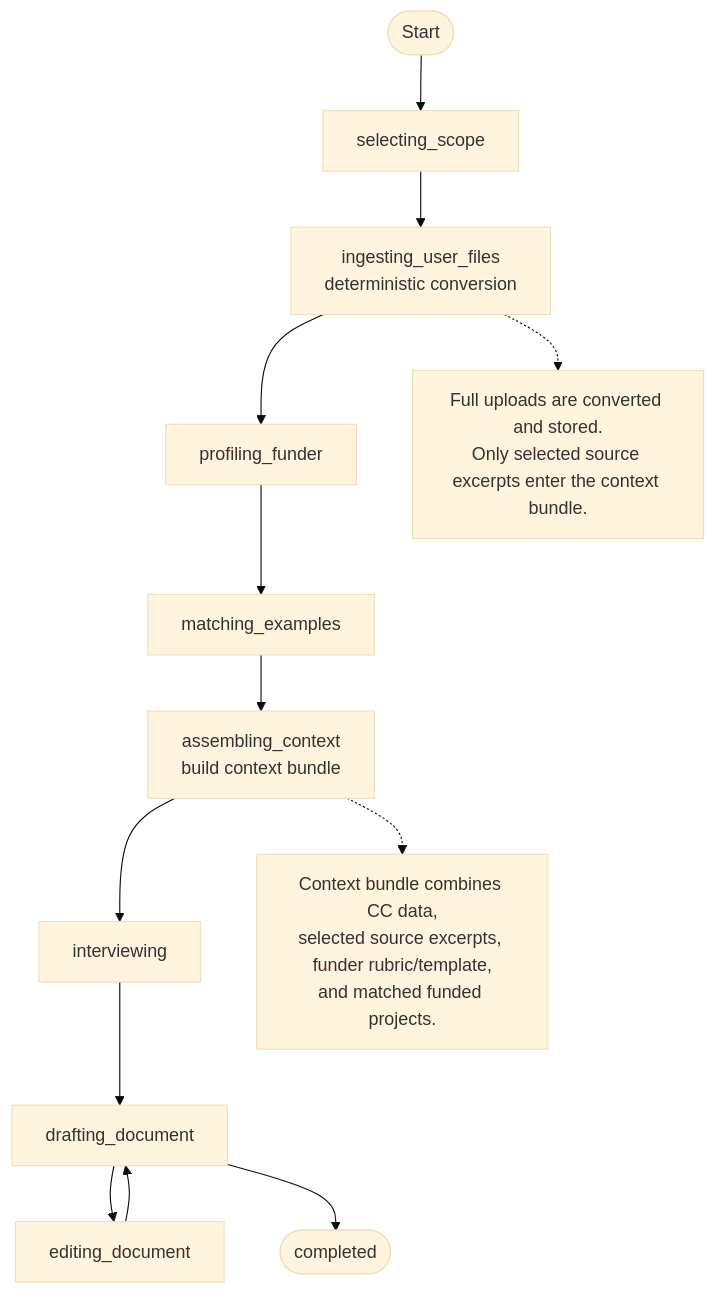
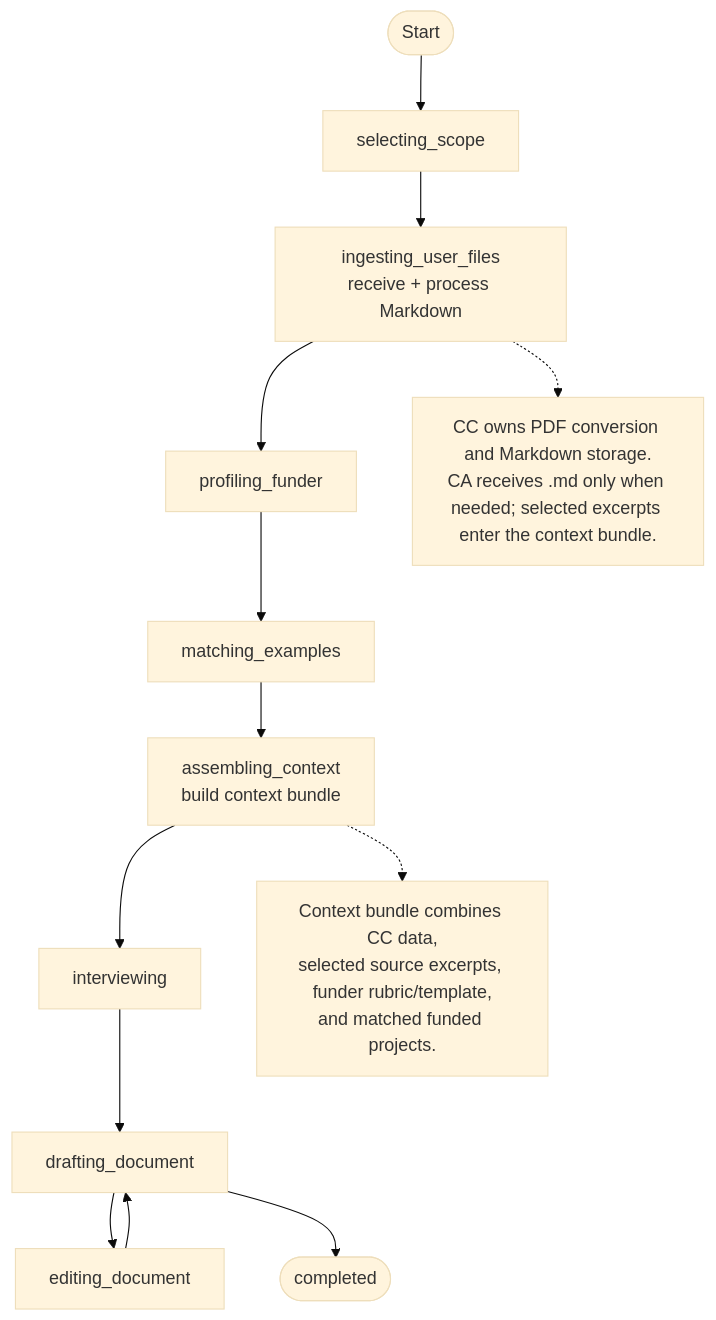
The third of 13 diagrams in docs/ConceptNoteBuilderArchitecture.md (Open-Earth-Foundation/CityCatalyst), drawn with Mermaid (base theme) before and after one commit. The commit also changed other lines of this file and 1 other file, not shown here.

Commit message:
docs: move PDF OCR ownership to CityCatalyst

````diff
--- a/docs/ConceptNoteBuilderArchitecture.md
+++ b/docs/ConceptNoteBuilderArchitecture.md
@@ -197,18 +218,18 @@
 ```mermaid
 flowchart TB
     Start([Start]) --> Scope["selecting_scope"]
-    Scope --> Ingest["ingesting_user_files<br/>deterministic conversion"]
+    Scope --> Ingest["ingesting_user_files<br/>receive + process Markdown"]
     Ingest --> Funder["profiling_funder"]
     Funder --> Match["matching_examples"]
     Match --> Context["assembling_context<br/>build context bundle"]
     Context --> Interview["interviewing"]
     Interview --> Draft["drafting_document"]
     Draft --> Edit["editing_document"]
     Edit --> Draft
     Draft --> Complete([completed])
 
-    IngestNote["Full uploads are converted and stored.<br/>Only selected source excerpts enter the context bundle."]
+    IngestNote["CC owns PDF conversion and Markdown storage.<br/>CA receives .md only when needed; selected excerpts enter the context bundle."]
     ContextNote["Context bundle combines CC data,<br/>selected source excerpts, funder rubric/template,<br/>and matched funded projects."]
     Ingest -.-> IngestNote
     Context -.-> ContextNote
 ```
````
